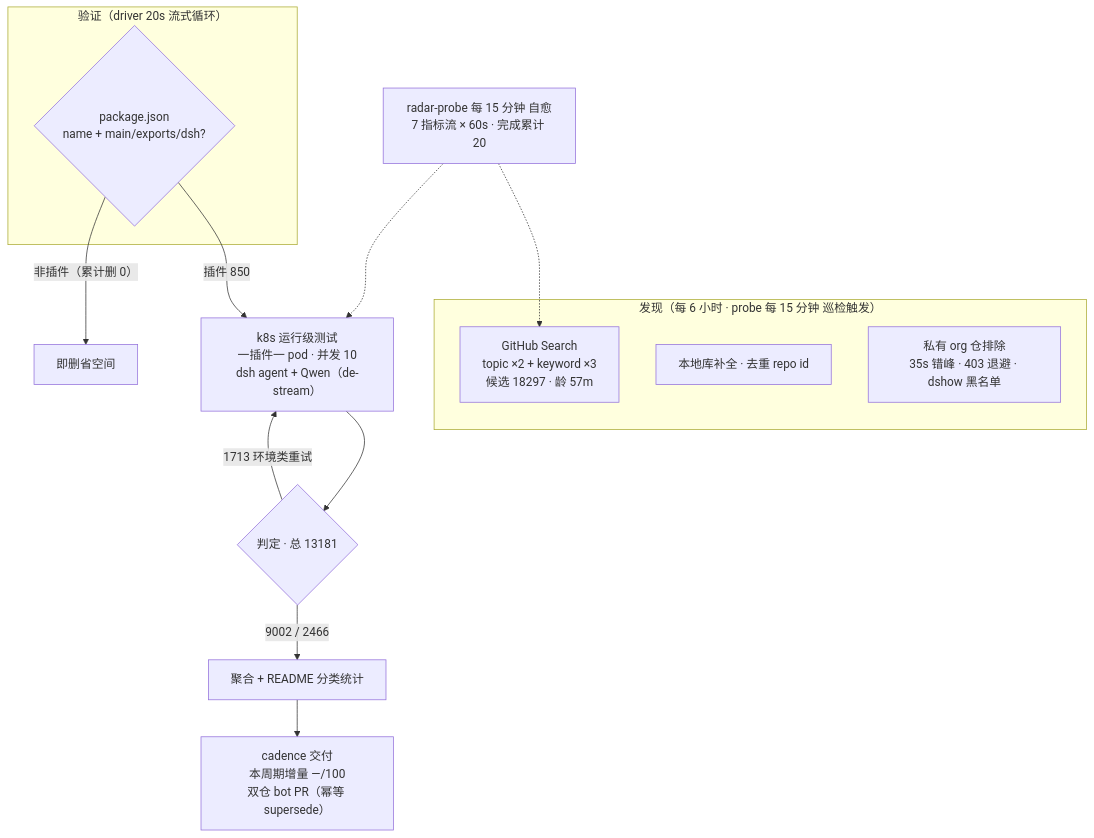
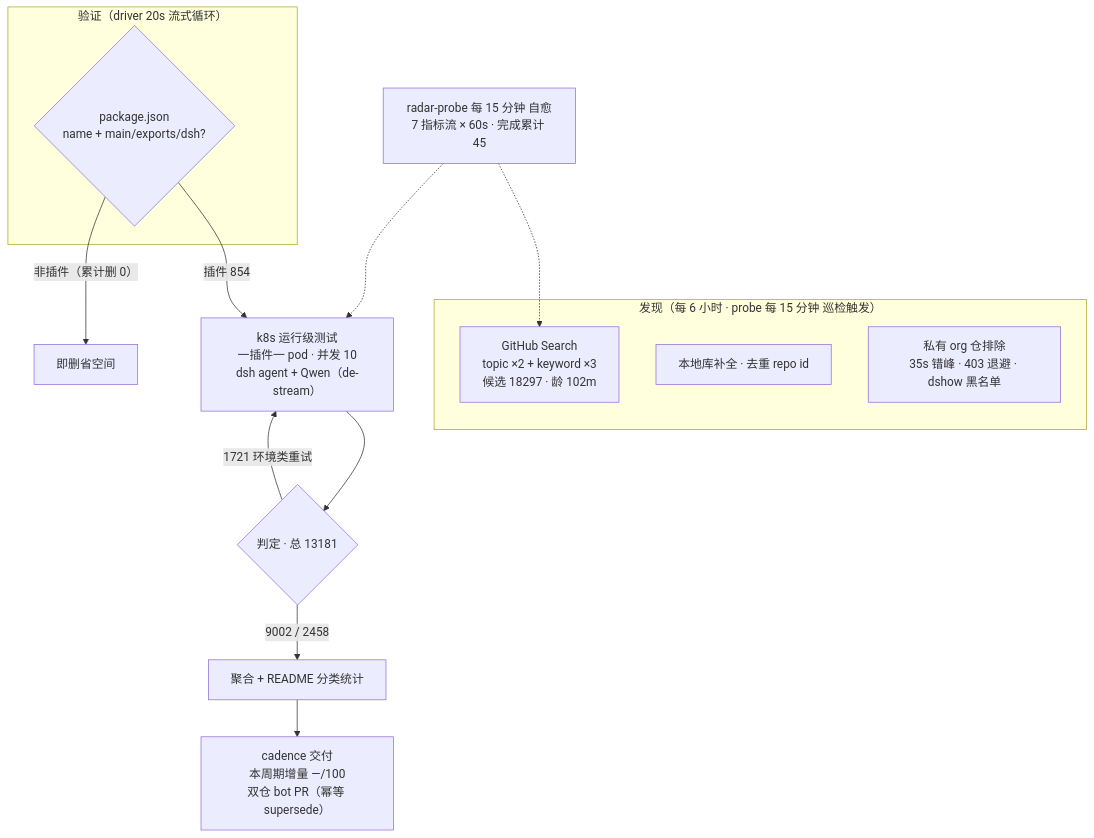
The diagram in README.md (AdamPlatin123/awesome-dsh-plugins), drawn with Mermaid before and after one commit. The commit also changed other lines of this file and 5 other files, not shown here.

````diff
--- a/README.md
+++ b/README.md
@@ -52,20 +52,20 @@
 ```mermaid
 flowchart TB
     subgraph Discovery["发现（每 6 小时 · probe 每 15 分钟 巡检触发）"]
-        A1["GitHub Search<br/>topic ×2 + keyword ×3<br/>候选 18297 · 龄 57m"]
+        A1["GitHub Search<br/>topic ×2 + keyword ×3<br/>候选 18297 · 龄 102m"]
         A2["本地库补全 · 去重 repo id"]
         A3["私有 org 仓排除<br/>35s 错峰 · 403 退避 · dshow 黑名单"]
     end
     subgraph Validation["验证（driver 20s 流式循环）"]
         B1{"package.json<br/>name + main/exports/dsh?"}
     end
-    B1 -->|"插件 850"| C1["k8s 运行级测试<br/>一插件一 pod · 并发 10<br/>dsh agent + Qwen（de-stream）"]
+    B1 -->|"插件 854"| C1["k8s 运行级测试<br/>一插件一 pod · 并发 10<br/>dsh agent + Qwen（de-stream）"]
     B1 -->|"非插件（累计删 0）"| B3["即删省空间"]
     C1 --> D1{"判定 · 总 13181"}
-    D1 -->|"9002 / 2466"| E1["聚合 + README 分类统计"]
-    D1 -->|"1713 环境类重试"| C1
+    D1 -->|"9002 / 2458"| E1["聚合 + README 分类统计"]
+    D1 -->|"1721 环境类重试"| C1
     E1 --> E2["cadence 交付<br/>本周期增量 —/100<br/>双仓 bot PR（幂等 supersede）"]
-    M["radar-probe 每 15 分钟 自愈<br/>7 指标流 × 60s · 完成累计 20"]
+    M["radar-probe 每 15 分钟 自愈<br/>7 指标流 × 60s · 完成累计 45"]
     M -.-> A1
     M -.-> C1
 ```
````
